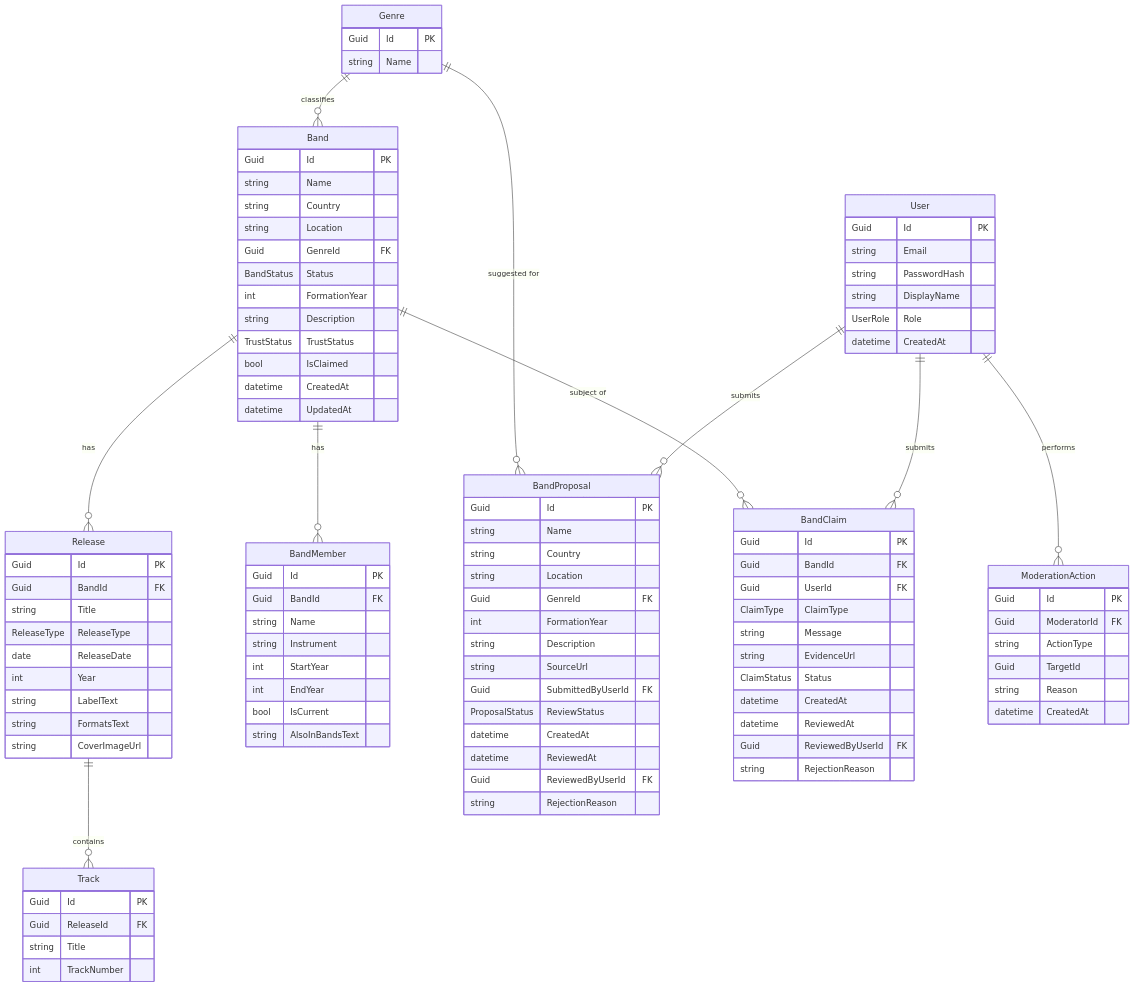
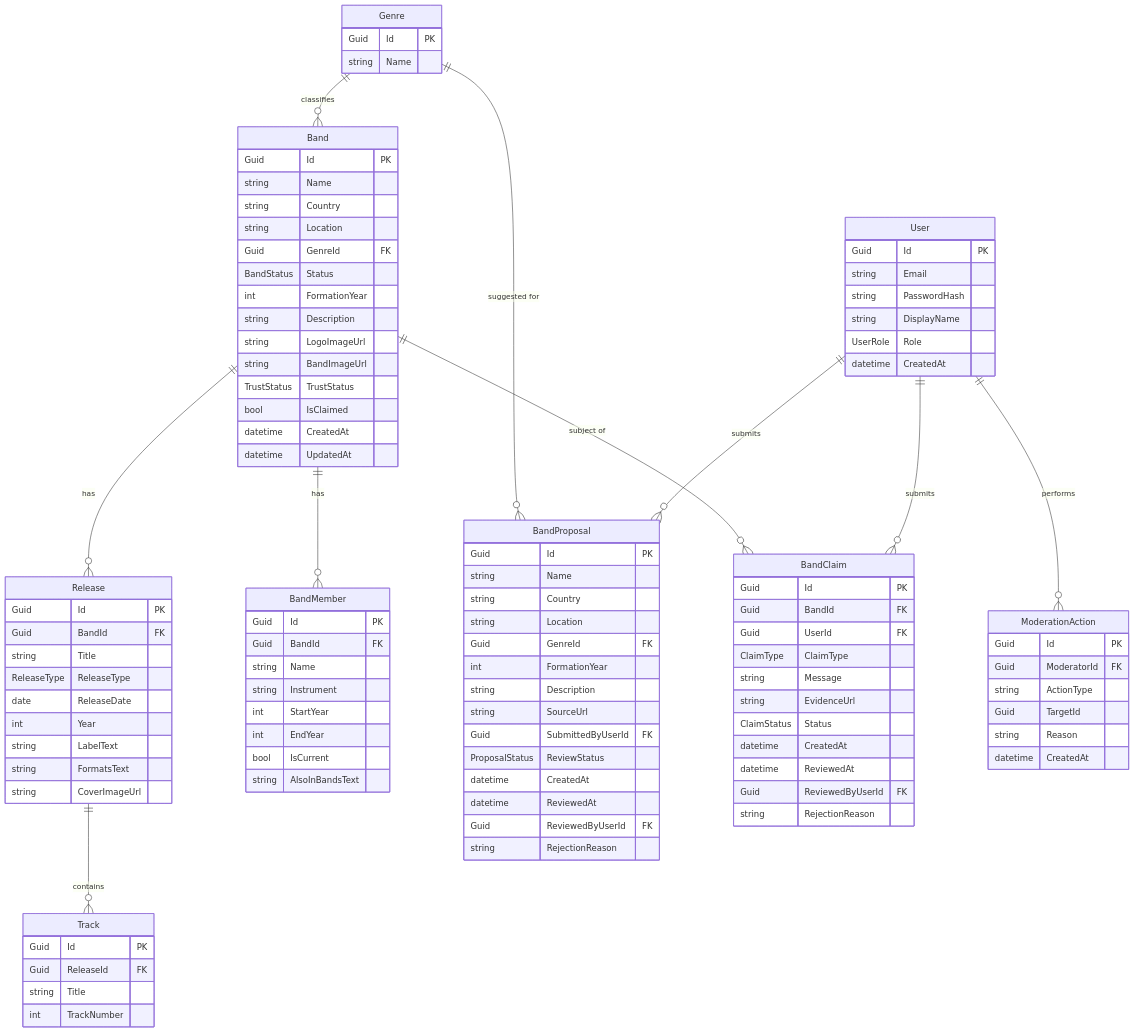
Before and after one commit to Camposgrind/diy-music-community: the diagram in docs/technical/erd.md, drawn with Mermaid. The commit also changed 11 other files, not shown here.

Commit message:
entities updated to avoid issues with quality code and erd updated

```diff
--- a/docs/technical/erd.md
+++ b/docs/technical/erd.md
@@ -25,6 +25,8 @@
 		BandStatus Status
 		int FormationYear
 		string Description
+		string LogoImageUrl
+		string BandImageUrl
 		TrustStatus TrustStatus
 		bool IsClaimed
 		datetime CreatedAt
```
